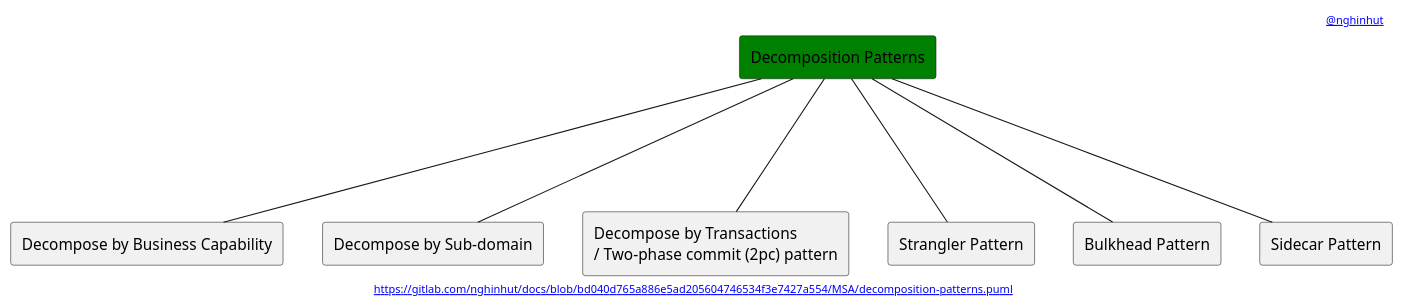
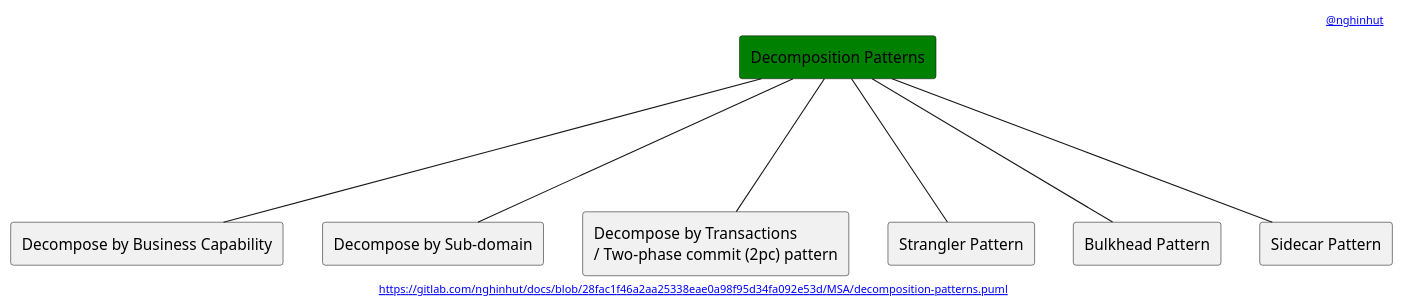
One commit to nghinhut/docs changed the diagram in MSA/decomposition-patterns.puml. Above: the diagram before and after it, drawn with PlantUML. The commit also changed 18 other files, not shown here.

Commit message:
Update diagrams

```diff
--- a/MSA/decomposition-patterns.puml
+++ b/MSA/decomposition-patterns.puml
@@ -1,22 +1,22 @@
 @startuml
 '-----START auto generated metadata please keep comment here to allow auto update-----
 '-----DON'T EDIT THIS SECTION, INSTEAD RE-RUN prebuild.sh TO UPDATE-----
-header [[www.nghinhut.dev?from=http://www.plantuml.com/plantuml/proxy?fmt=svg&src=https://gitlab.com/nghinhut/docs/raw/bd040d765a886e5ad205604746534f3e7427a554/MSA/decomposition-patterns.puml @nghinhut]]
-footer [[http://www.plantuml.com/plantuml/proxy?fmt=svg&src=https://gitlab.com/nghinhut/docs/raw/bd040d765a886e5ad205604746534f3e7427a554/MSA/decomposition-patterns.puml https://gitlab.com/nghinhut/docs/blob/bd040d765a886e5ad205604746534f3e7427a554/MSA/decomposition-patterns.puml]]
+header [[www.nghinhut.dev?from=http%5C%3A%5C%2F%5C%2Fwww%5C.plantuml%5C.com%5C%2Fplantuml%5C%2Fproxy%3Ffmt%3Dsvg%5C%26src%3Dhttps%5C%3A%5C%2F%5C%2Fgitlab%5C.com%5C%2Fnghinhut%5C%2Fdocs%5C%2Fraw%5C%2F28fac1f46a2aa25338eae0a98f95d34fa092e53d%5C%2FMSA%5C%2Fdecomposition-patterns%5C.puml%0A @nghinhut]]
+footer [[http://www.plantuml.com/plantuml/proxy?fmt=svg&src=https://gitlab.com/nghinhut/docs/raw/28fac1f46a2aa25338eae0a98f95d34fa092e53d/MSA/decomposition-patterns.puml https://gitlab.com/nghinhut/docs/blob/28fac1f46a2aa25338eae0a98f95d34fa092e53d/MSA/decomposition-patterns.puml]]
 '-----END auto generated metadata please keep comment here to allow auto update-----
 
 rectangle "Decomposition Patterns" as Decomposition #green
 
 rectangle "Decompose by Business Capability" as DecompositionP1
 rectangle "Decompose by Sub-domain" as DecompositionP2
 rectangle "Decompose by Transactions\n/ Two-phase commit (2pc) pattern" as DecompositionP3
 rectangle "Strangler Pattern" as DecompositionP4
 rectangle "Bulkhead Pattern" as DecompositionP5
 rectangle "Sidecar Pattern" as DecompositionP6
 Decomposition --- DecompositionP1
 Decomposition --- DecompositionP2
 Decomposition --- DecompositionP3
 Decomposition --- DecompositionP4
 Decomposition --- DecompositionP5
 Decomposition --- DecompositionP6
 @enduml
```
